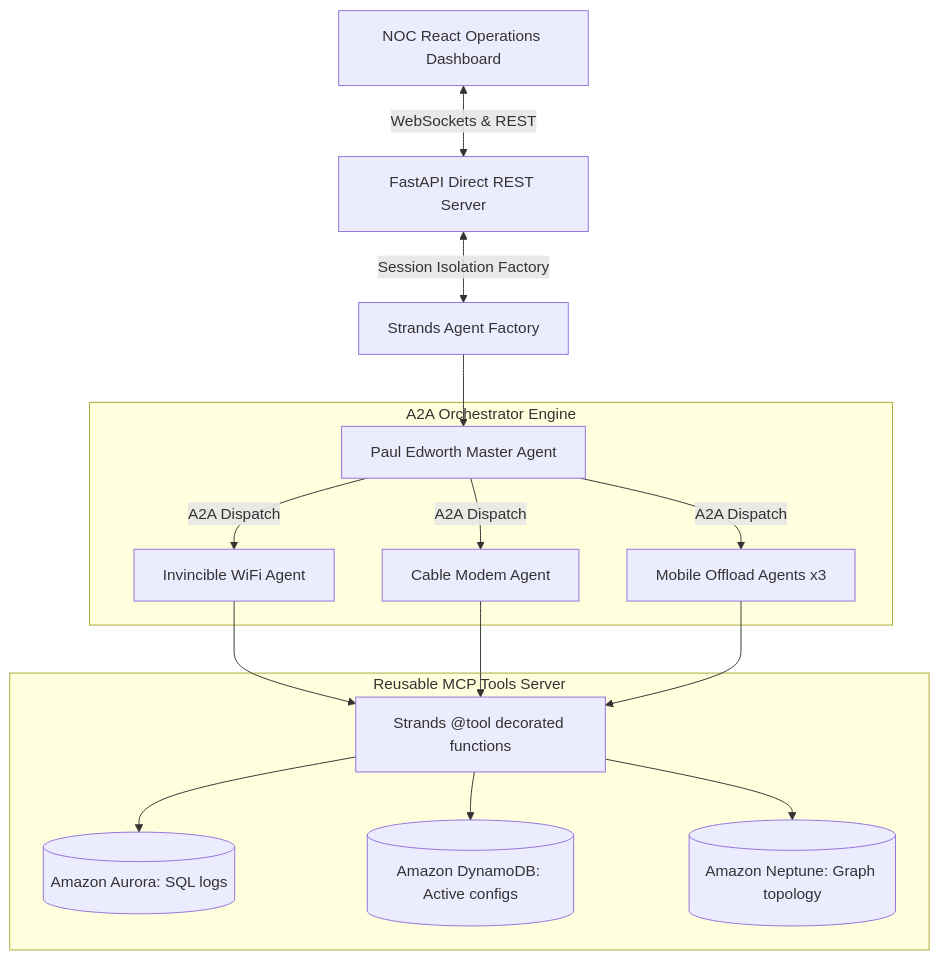
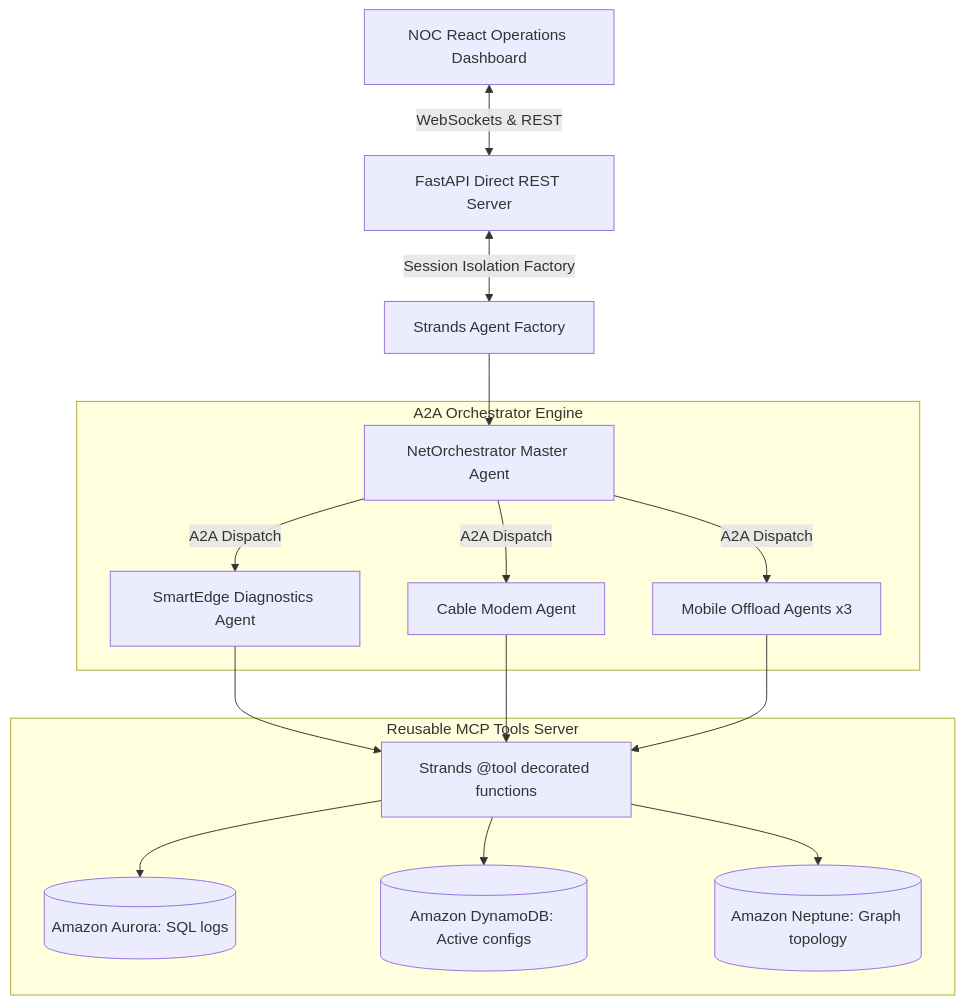
The first of 2 diagrams in README.md (nmandula0511/AI-ops-network-intelligence), drawn with Mermaid before and after one commit. The commit also changed other lines of this file and 20 other files, not shown here.

First line of the commit message:
refactor: align workspace with resilient diagnostics architecture and generic terminology

````diff
--- a/README.md
+++ b/README.md
@@ -19,21 +19,21 @@
 ```mermaid
 graph TD
     UI[NOC React Operations Dashboard] <--> |WebSockets & REST| API[FastAPI Direct REST Server]
     API <--> |Session Isolation Factory| AgFactory[Strands Agent Factory]
     
     subgraph A2A Orchestrator Engine
-        Orch[Paul Edworth Master Agent]
-        Orch --> |A2A Dispatch| WiFi[Invincible WiFi Agent]
+        Orch[NetOrchestrator Master Agent]
+        Orch --> |A2A Dispatch| WiFi[SmartEdge Diagnostics Agent]
         Orch --> |A2A Dispatch| Modem[Cable Modem Agent]
         Orch --> |A2A Dispatch| Offload[Mobile Offload Agents x3]
     end
     
     AgFactory --> Orch
     
     subgraph Reusable MCP Tools Server
         WiFi & Modem & Offload --> Tools[Strands @tool decorated functions]
         Tools --> SQL[(Amazon Aurora: SQL logs)]
         Tools --> NoSQL[(Amazon DynamoDB: Active configs)]
         Tools --> Graph[(Amazon Neptune: Graph topology)]
     end
 ```
````
